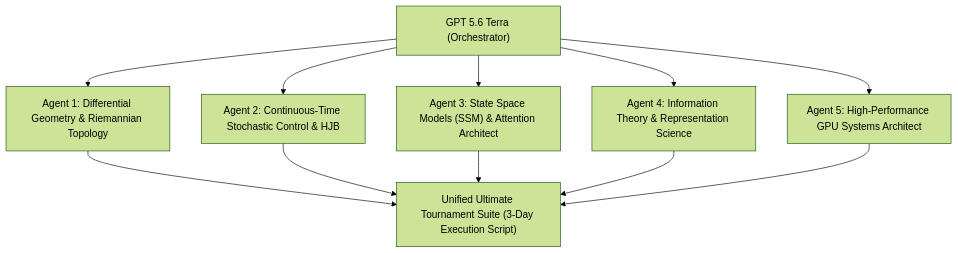
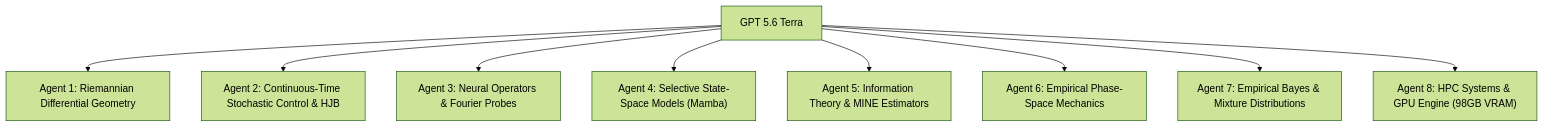
The second of 2 diagrams in ThesisDocs/GPT_5_6_Terra_Master_Research_Prompt.md (bhattadiCS/research-thesis-overthinking-boundary), drawn with Mermaid (forest theme) before and after one commit. The commit also changed other lines of this file, not shown here.

Commit message:
docs: upgrade GPT 5.6 Terra Master Research Prompt to v2 with 8-agent swarm and MCP tool specs

````diff
--- a/ThesisDocs/GPT_5_6_Terra_Master_Research_Prompt.md
+++ b/ThesisDocs/GPT_5_6_Terra_Master_Research_Prompt.md
@@ -76,14 +84,11 @@
 ```mermaid
 flowchart TD
-    Terra["GPT 5.6 Terra (Orchestrator)"] --> Agent1["Agent 1: Differential Geometry & Riemannian Topology"]
-    Terra --> Agent2["Agent 2: Continuous-Time Stochastic Control & HJB"]
-    Terra --> Agent3["Agent 3: State Space Models (SSM) & Attention Architect"]
-    Terra --> Agent4["Agent 4: Information Theory & Representation Science"]
-    Terra --> Agent5["Agent 5: High-Performance GPU Systems Architect"]
-
-    Agent1 --> Specs["Unified Ultimate Tournament Suite (3-Day Execution Script)"]
-    Agent2 --> Specs
-    Agent3 --> Specs
-    Agent4 --> Specs
-    Agent5 --> Specs
+    Terra["GPT 5.6 Terra"] --> A1["Agent 1: Riemannian Differential Geometry"]
+    Terra --> A2["Agent 2: Continuous-Time Stochastic Control & HJB"]
+    Terra --> A3["Agent 3: Neural Operators & Fourier Probes"]
+    Terra --> A4["Agent 4: Selective State-Space Models (Mamba)"]
+    Terra --> A5["Agent 5: Information Theory & MINE Estimators"]
+    Terra --> A6["Agent 6: Empirical Phase-Space Mechanics"]
+    Terra --> A7["Agent 7: Empirical Bayes & Mixture Distributions"]
+    Terra --> A8["Agent 8: HPC Systems & GPU Engine (98GB VRAM)"]
 ```
````
